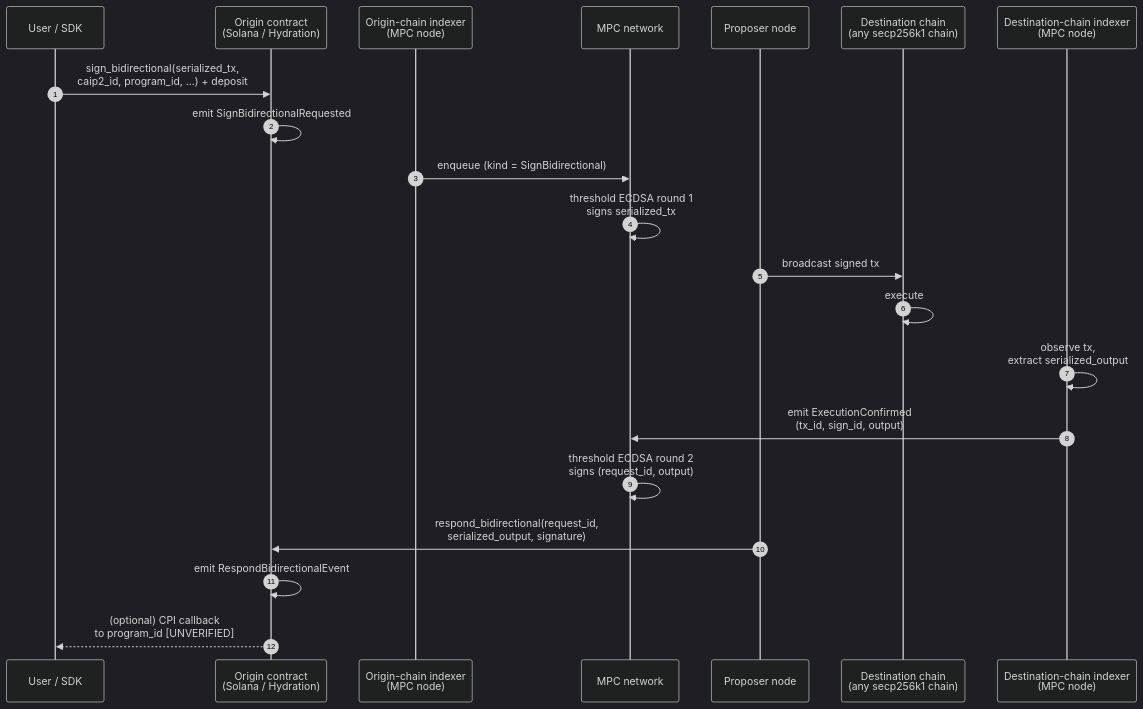
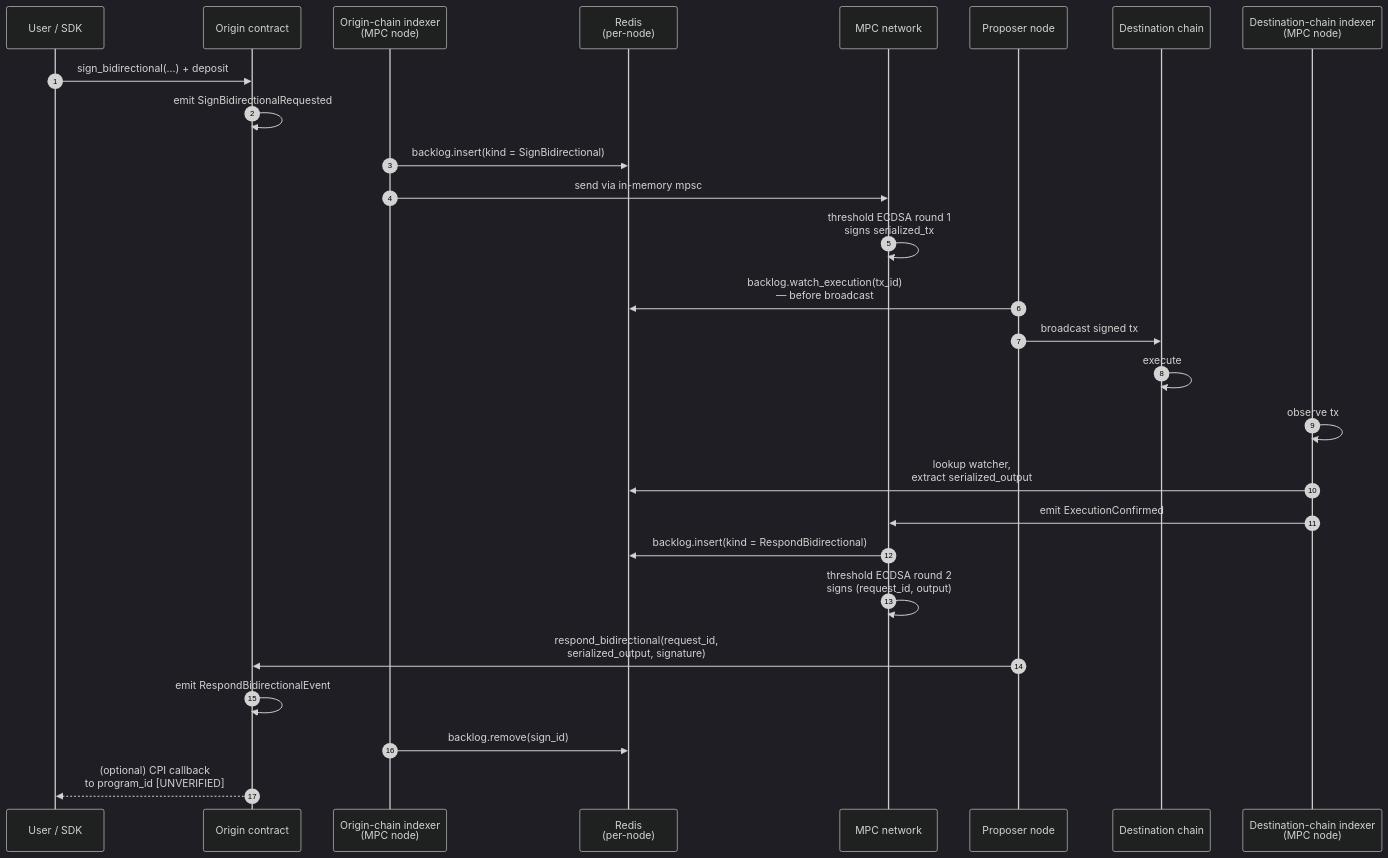
One commit to BRBussy/mpc changed the third of 3 diagrams in doc/onboarding/02-architecture.md. Above: the diagram before and after it, drawn with Mermaid (dark theme). The commit also changed other lines of this file and 1 other file, not shown here.

````diff
--- a/doc/onboarding/02-architecture.md
+++ b/doc/onboarding/02-architecture.md
@@ -95,24 +108,30 @@
 ```mermaid
 sequenceDiagram
     autonumber
     participant U as User / SDK
-    participant OC as Origin contract<br/>(Solana / Hydration)
+    participant OC as Origin contract
     participant OIDX as Origin-chain indexer<br/>(MPC node)
+    participant R as Redis<br/>(per-node)
     participant NET as MPC network
     participant PR as Proposer node
-    participant DC as Destination chain<br/>(any secp256k1 chain)
+    participant DC as Destination chain
     participant DIDX as Destination-chain indexer<br/>(MPC node)
 
-    U->>OC: sign_bidirectional(serialized_tx,<br/>caip2_id, program_id, ...) + deposit
+    U->>OC: sign_bidirectional(...) + deposit
     OC->>OC: emit SignBidirectionalRequested
-    OIDX->>NET: enqueue (kind = SignBidirectional)
+    OIDX->>R: backlog.insert(kind = SignBidirectional)
+    OIDX->>NET: send via in-memory mpsc
     NET->>NET: threshold ECDSA round 1<br/>signs serialized_tx
+    PR->>R: backlog.watch_execution(tx_id)<br/>— before broadcast
     PR->>DC: broadcast signed tx
     DC->>DC: execute
-    DIDX->>DIDX: observe tx,<br/>extract serialized_output
-    DIDX->>NET: emit ExecutionConfirmed<br/>(tx_id, sign_id, output)
+    DIDX->>DIDX: observe tx
+    DIDX->>R: lookup watcher,<br/>extract serialized_output
+    DIDX->>NET: emit ExecutionConfirmed
+    NET->>R: backlog.insert(kind = RespondBidirectional)
     NET->>NET: threshold ECDSA round 2<br/>signs (request_id, output)
     PR->>OC: respond_bidirectional(request_id,<br/>serialized_output, signature)
     OC->>OC: emit RespondBidirectionalEvent
+    OIDX->>R: backlog.remove(sign_id)
     OC-->>U: (optional) CPI callback<br/>to program_id [UNVERIFIED]
 ```
````
